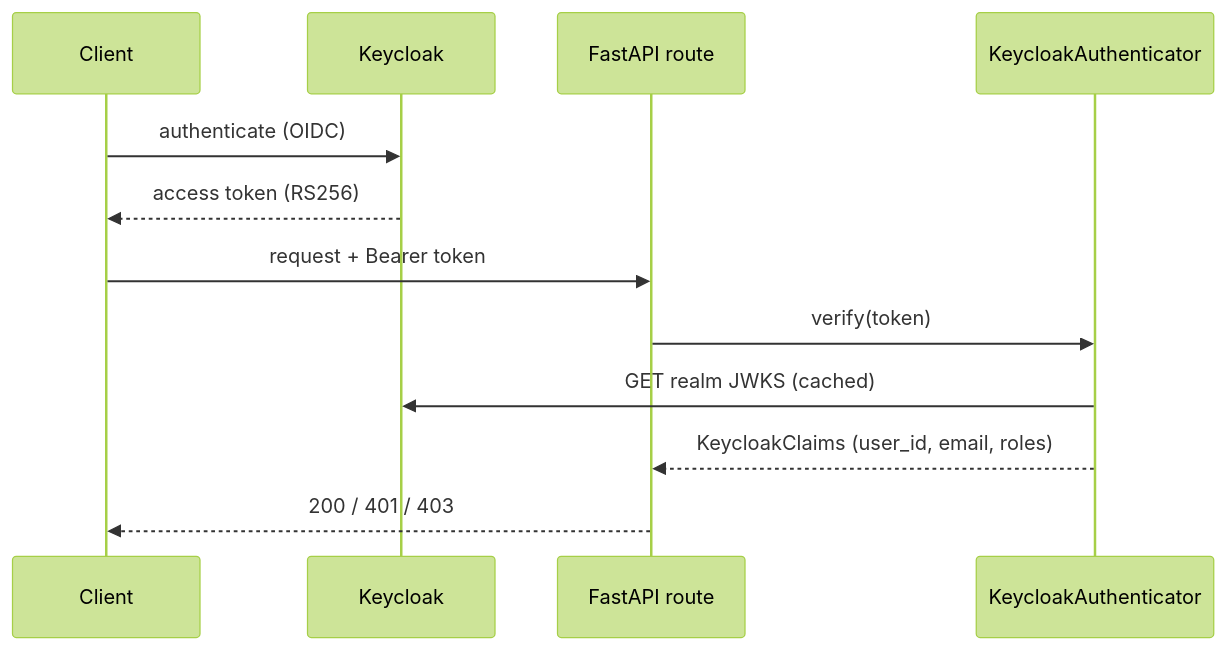
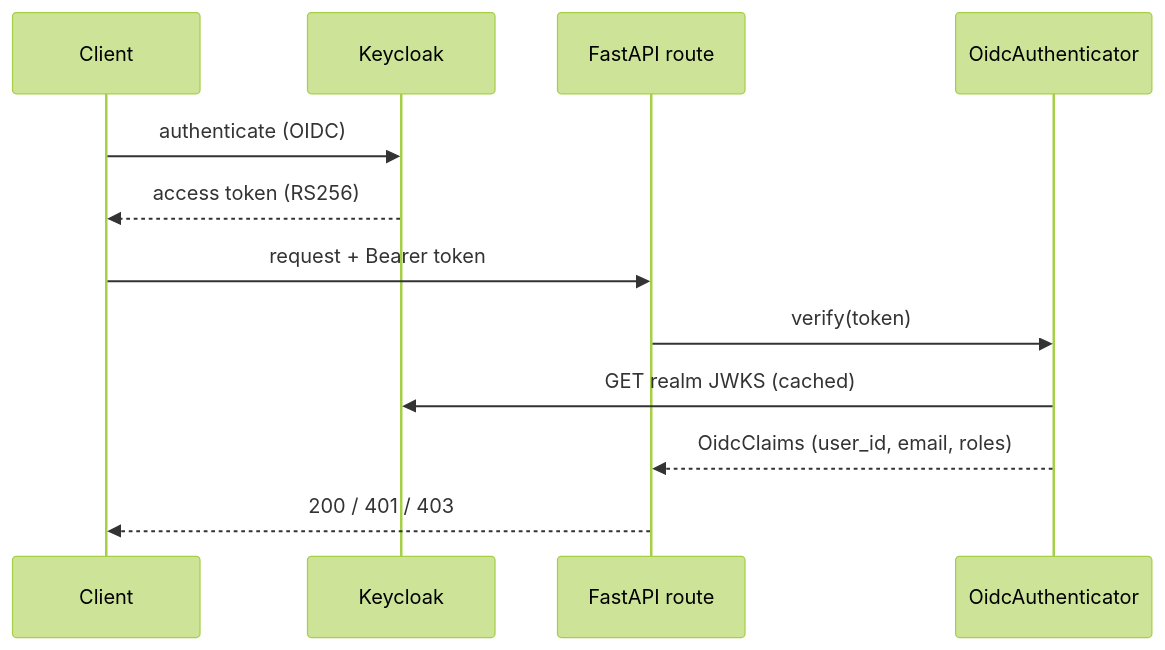
The diagram in docs/architecture/auth-rbac.md (cjgalvisc96/CJ-FASTAPI-DDD), drawn with Mermaid (forest theme) before and after one commit. The commit also changed other lines of this file and 7 other files, not shown here.

````diff
--- a/docs/architecture/auth-rbac.md
+++ b/docs/architecture/auth-rbac.md
@@ -27,14 +27,14 @@
 ```mermaid
 sequenceDiagram
     participant C as Client
     participant KC as Keycloak
     participant API as FastAPI route
-    participant A as KeycloakAuthenticator
+    participant A as OidcAuthenticator
     C->>KC: authenticate (OIDC)
     KC-->>C: access token (RS256)
     C->>API: request + Bearer token
     API->>A: verify(token)
     A->>KC: GET realm JWKS (cached)
-    A-->>API: KeycloakClaims (user_id, email, roles)
+    A-->>API: OidcClaims (user_id, email, roles)
     API-->>C: 200 / 401 / 403
 ```
````
